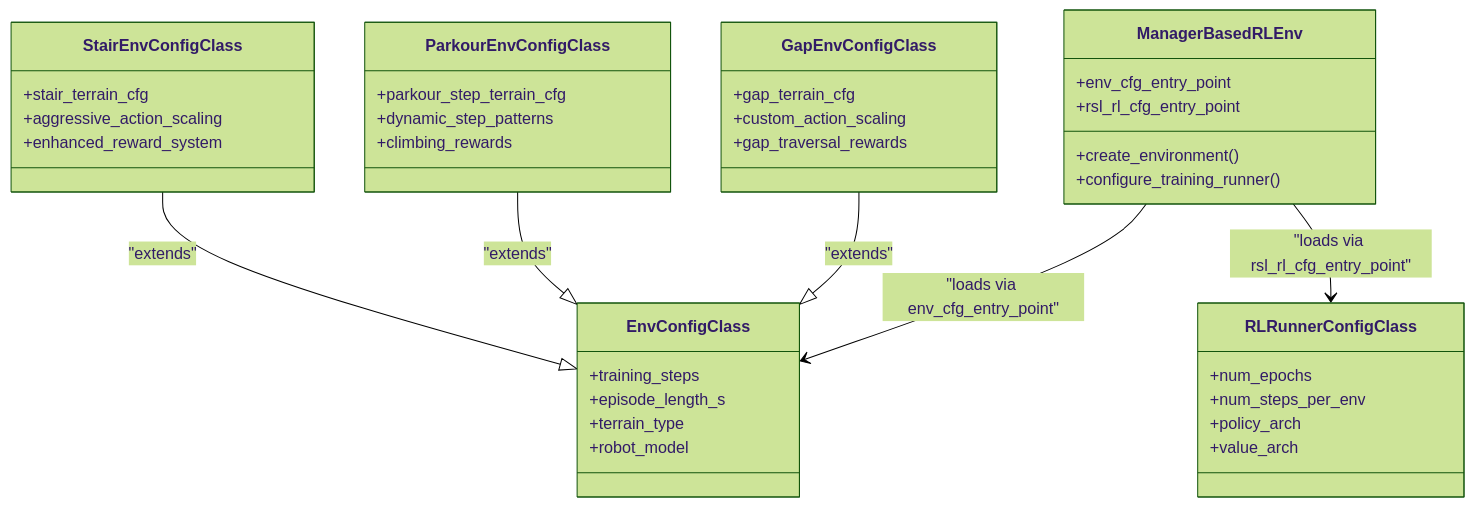
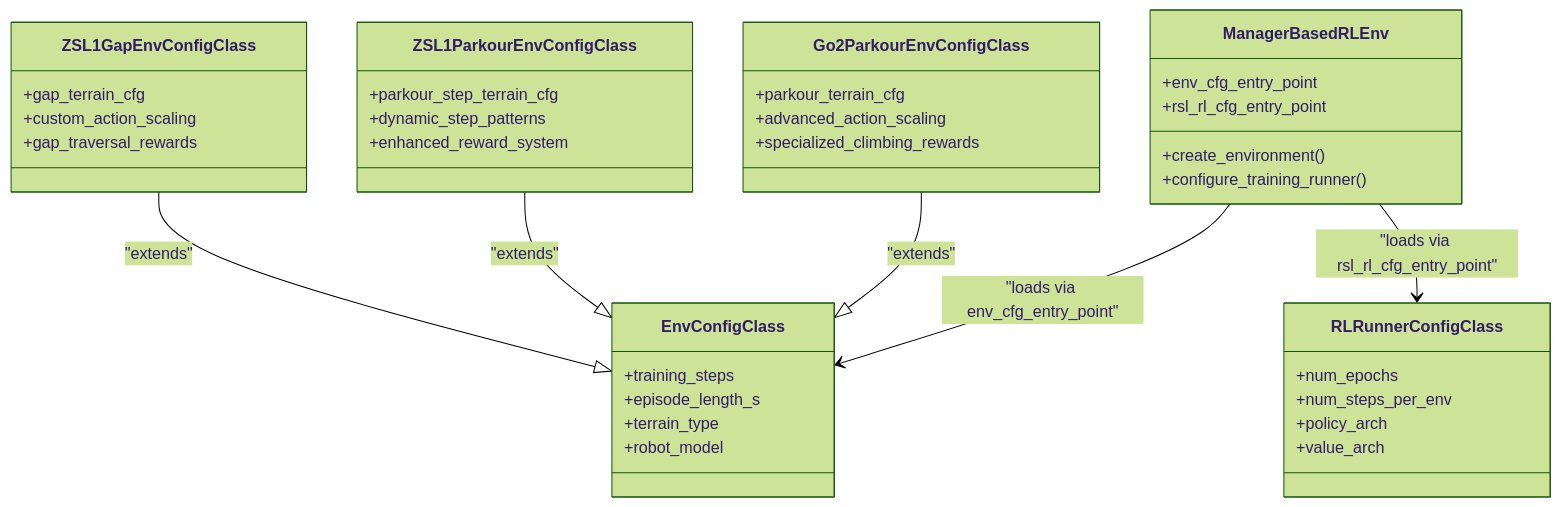
Before and after one commit to jayjayhust/robot_lab: the third of 4 diagrams in .qoder/repowiki/en/content/Environment System/Environment Registration Framework.md, drawn with Mermaid (forest theme). The commit also changed other lines of this file and 9 other files, not shown here.

Commit message:
rectify curriculum training config for go2 and zsl1

````diff
--- a/.qoder/repowiki/en/content/Environment System/Environment Registration Framework.md
+++ b/.qoder/repowiki/en/content/Environment System/Environment Registration Framework.md
@@ -266,41 +203,41 @@
 ```mermaid
 classDiagram
 class ManagerBasedRLEnv {
 +env_cfg_entry_point
 +rsl_rl_cfg_entry_point
 +create_environment()
 +configure_training_runner()
 }
 class EnvConfigClass {
 +training_steps
 +episode_length_s
 +terrain_type
 +robot_model
 }
 class RLRunnerConfigClass {
 +num_epochs
 +num_steps_per_env
 +policy_arch
 +value_arch
 }
-class GapEnvConfigClass {
+class Go2ParkourEnvConfigClass {
++parkour_terrain_cfg
++advanced_action_scaling
++specialized_climbing_rewards
+}
+class ZSL1ParkourEnvConfigClass {
++parkour_step_terrain_cfg
++dynamic_step_patterns
++enhanced_reward_system
+}
+class ZSL1GapEnvConfigClass {
 +gap_terrain_cfg
 +custom_action_scaling
 +gap_traversal_rewards
 }
-class ParkourEnvConfigClass {
-+parkour_step_terrain_cfg
-+dynamic_step_patterns
-+climbing_rewards
-}
-class StairEnvConfigClass {
-+stair_terrain_cfg
-+aggressive_action_scaling
-+enhanced_reward_system
-}
 ManagerBasedRLEnv --> EnvConfigClass : "loads via env_cfg_entry_point"
 ManagerBasedRLEnv --> RLRunnerConfigClass : "loads via rsl_rl_cfg_entry_point"
-GapEnvConfigClass --|> EnvConfigClass : "extends"
-ParkourEnvConfigClass --|> EnvConfigClass : "extends"
-StairEnvConfigClass --|> EnvConfigClass : "extends"
+Go2ParkourEnvConfigClass --|> EnvConfigClass : "extends"
+ZSL1ParkourEnvConfigClass --|> EnvConfigClass : "extends"
+ZSL1GapEnvConfigClass --|> EnvConfigClass : "extends"
 ```
````
